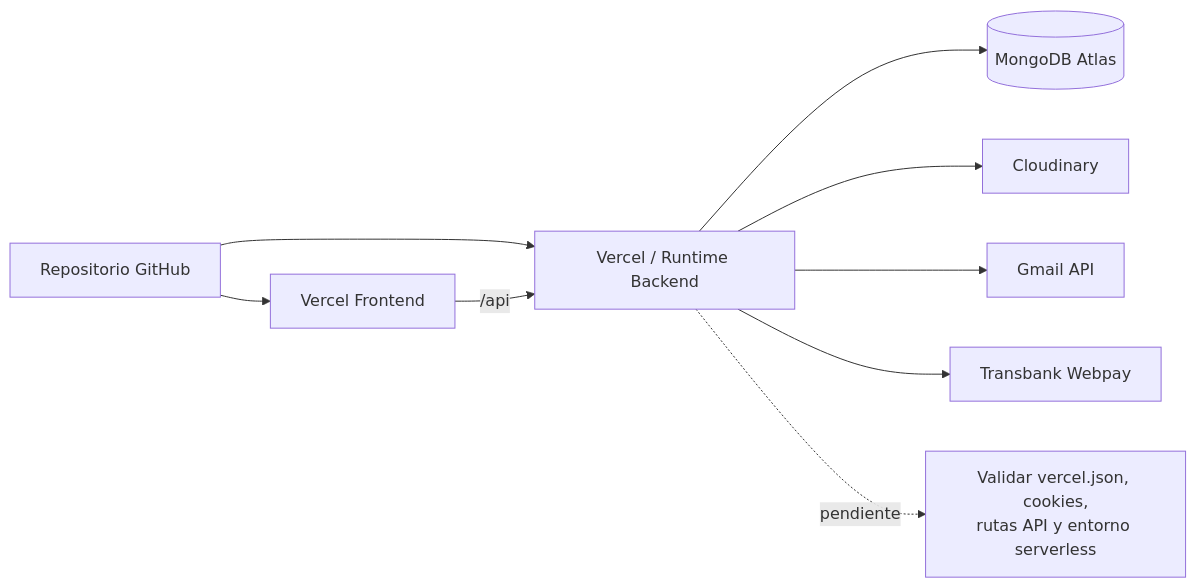
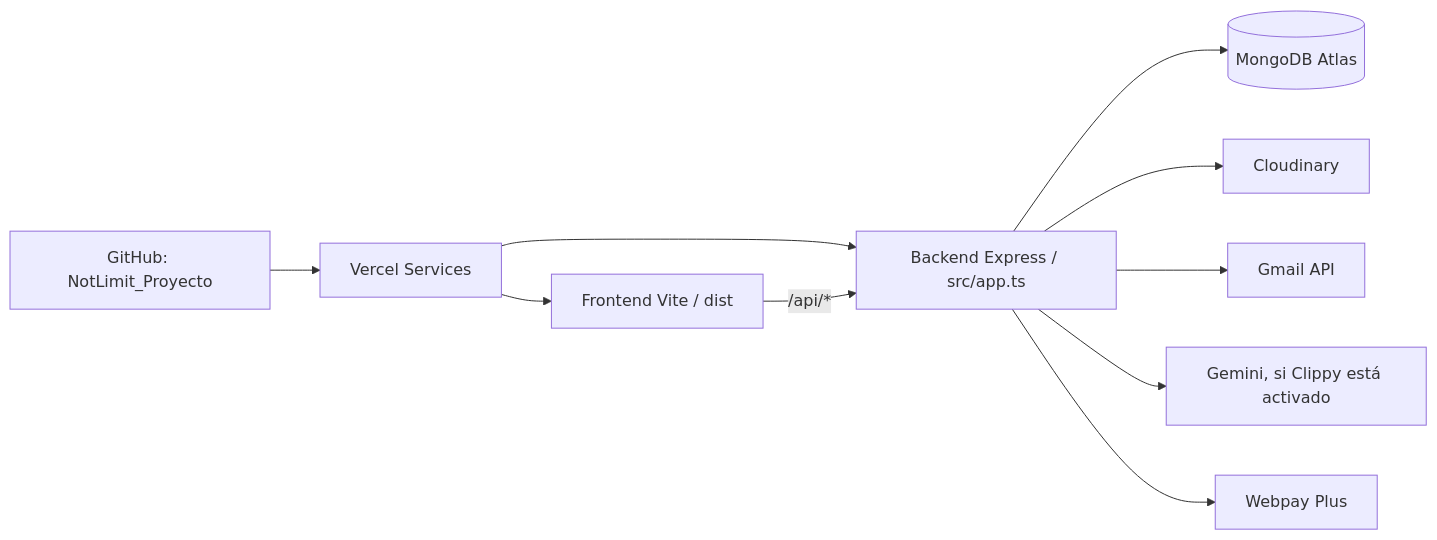
The tenth of 10 diagrams in README.md (AlanEspinoza01/NotLimit_Proyecto), drawn with Mermaid before and after one commit. The commit also changed other lines of this file and 20 other files, not shown here.

````diff
--- a/README.md
+++ b/README.md
@@ -543,14 +596,12 @@
 ```mermaid
 flowchart LR
-    DEV[Repositorio GitHub] --> VC[Vercel Frontend]
-    DEV --> API[Vercel / Runtime Backend]
-    VC -->|/api| API
-    API --> MDB[(MongoDB Atlas)]
-    API --> CLD[Cloudinary]
-    API --> GMAIL[Gmail API]
-    API --> TBK[Transbank Webpay]
-
-    R1[Validar vercel.json, cookies,
-rutas API y entorno serverless]
-    API -. pendiente .-> R1
+    G[GitHub: NotLimit_Proyecto] --> VS[Vercel Services]
+    VS --> FE[Frontend Vite / dist]
+    VS --> BE[Backend Express / src/app.ts]
+    FE -->|/api/*| BE
+    BE --> MDB[(MongoDB Atlas)]
+    BE --> CLD[Cloudinary]
+    BE --> GMAIL[Gmail API]
+    BE --> GEM[Gemini, si Clippy está activado]
+    BE --> WEBPAY[Webpay Plus]
 ```
````
